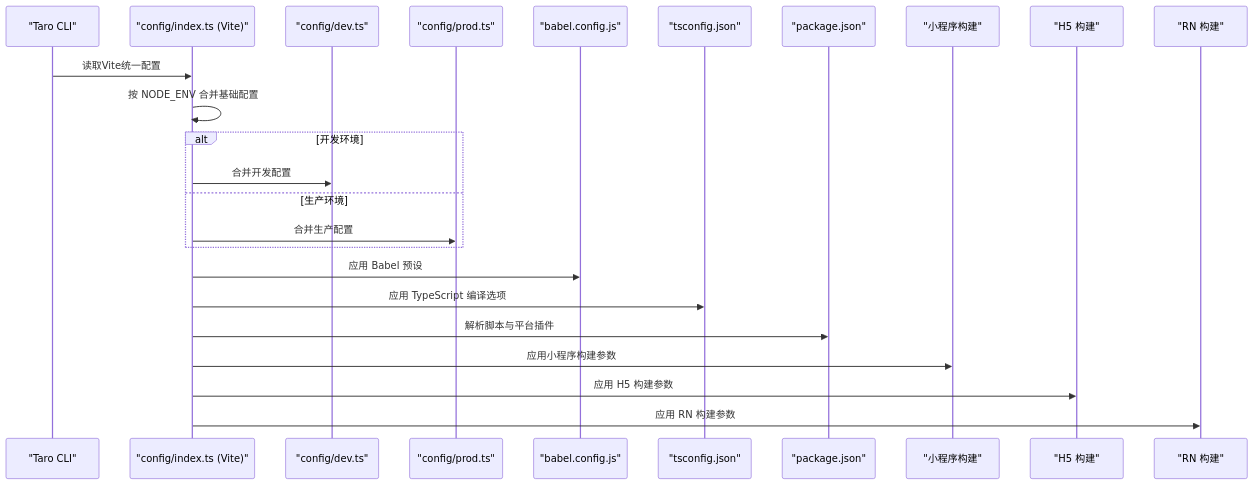
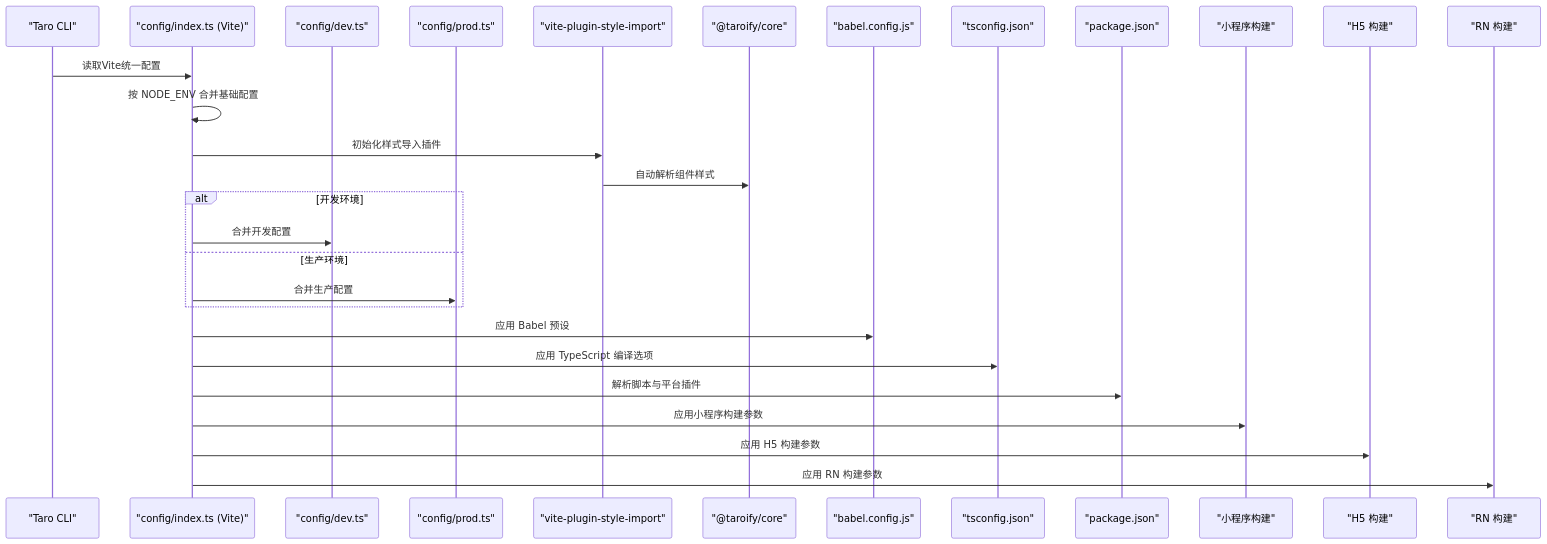
The second of 3 diagrams in .qoder/repowiki/zh/content/构建与部署/构建配置.md (zuolinbao/redbook), drawn with Mermaid before and after one commit. The commit also changed other lines of this file and 10 other files, not shown here.

````diff
--- a/.qoder/repowiki/zh/content/构建与部署/构建配置.md
+++ b/.qoder/repowiki/zh/content/构建与部署/构建配置.md
@@ -107,26 +113,30 @@
 ```mermaid
 sequenceDiagram
 participant CLI as "Taro CLI"
 participant Index as "config/index.ts (Vite)"
 participant Dev as "config/dev.ts"
 participant Prod as "config/prod.ts"
+participant Plugin as "vite-plugin-style-import"
+participant Taroify as "@taroify/core"
 participant Babel as "babel.config.js"
 participant TS as "tsconfig.json"
 participant Pkg as "package.json"
 participant Mini as "小程序构建"
 participant H5 as "H5 构建"
 participant RN as "RN 构建"
 CLI->>Index : 读取Vite统一配置
 Index->>Index : 按 NODE_ENV 合并基础配置
+Index->>Plugin : 初始化样式导入插件
+Plugin->>Taroify : 自动解析组件样式
 alt 开发环境
 Index->>Dev : 合并开发配置
 else 生产环境
 Index->>Prod : 合并生产配置
 end
 Index->>Babel : 应用 Babel 预设
 Index->>TS : 应用 TypeScript 编译选项
 Index->>Pkg : 解析脚本与平台插件
 Index->>Mini : 应用小程序构建参数
 Index->>H5 : 应用 H5 构建参数
 Index->>RN : 应用 RN 构建参数
 ```
````
